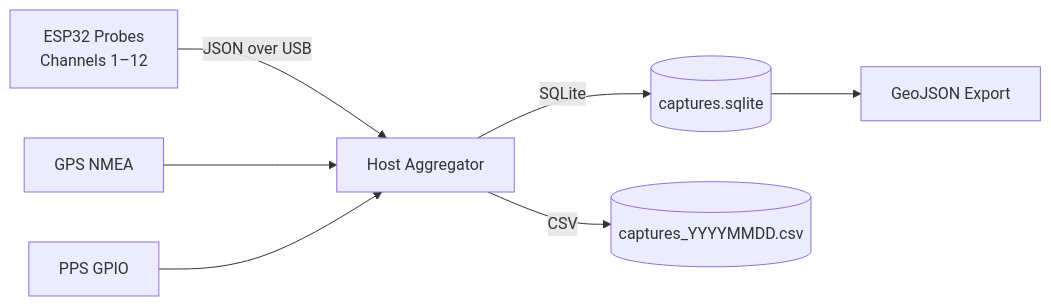
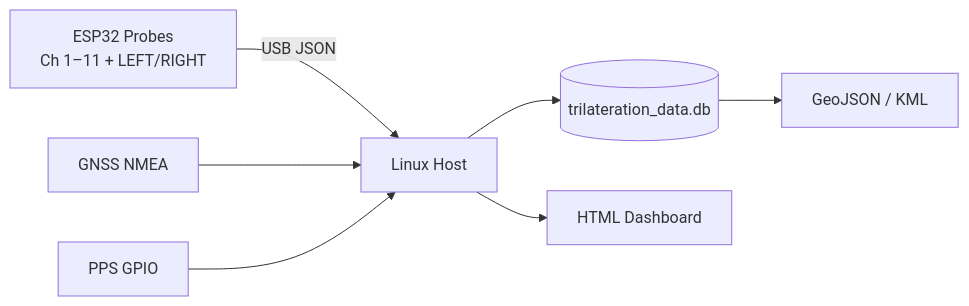
The first of 3 diagrams in Readme.md (sbejarano/WiFi_Promiscuous), drawn with Mermaid before and after one commit. The commit also changed other lines of this file, not shown here.

````diff
--- a/Readme.md
+++ b/Readme.md
@@ -89,10 +56,11 @@
 ```mermaid
 flowchart LR
-  ESP[ESP32 Probes<br/>Channels 1–12] -->|JSON over USB| AGG[Host Aggregator]
-  GPS[GPS NMEA] --> AGG
-  PPS[PPS GPIO] --> AGG
+    ESP[ESP32 Probes<br/>Ch 1–11 + LEFT/RIGHT] -->|USB JSON| HOST[Linux Host]
 
-  AGG -->|SQLite| DB[(captures.sqlite)]
-  AGG -->|CSV| CSV[(captures_YYYYMMDD.csv)]
-  DB --> GEO[GeoJSON Export]
+    GPS[GNSS NMEA] --> HOST
+    PPS[PPS GPIO] --> HOST
+
+    HOST --> DB[(trilateration_data.db)]
+    DB --> GEO[GeoJSON / KML]
+    HOST --> UI[HTML Dashboard]
 ```
````
